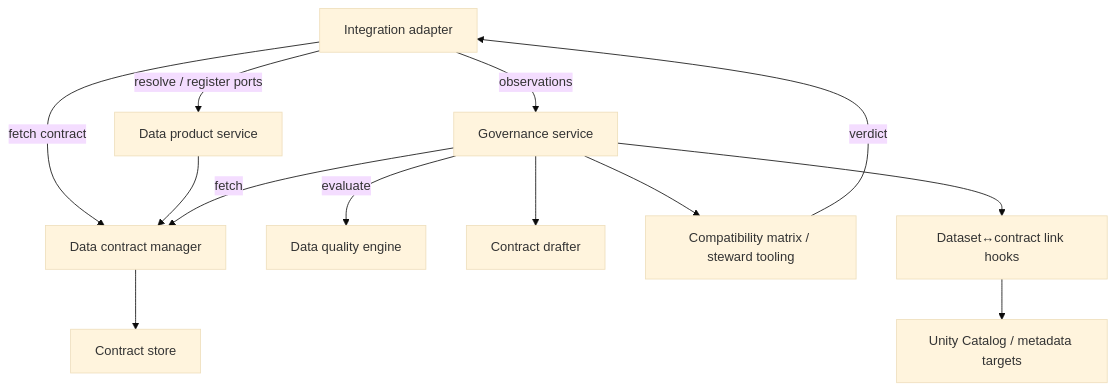
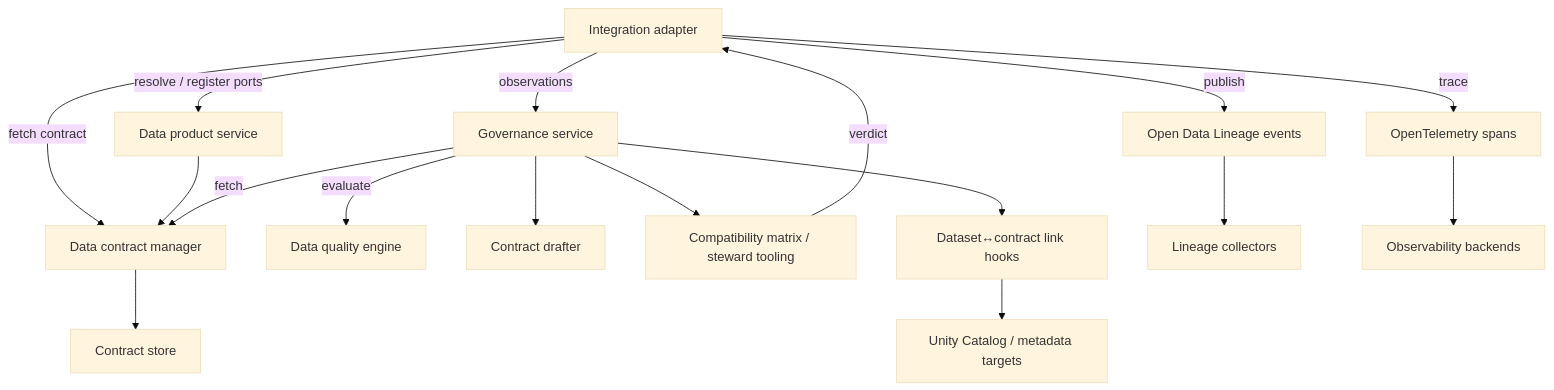
The diagram in docs/component-integration-layer.md (NextLab-SRL/dc43), drawn with Mermaid (base theme) before and after one commit. The commit also changed other lines of this file and 6 other files, not shown here.

````diff
--- a/docs/component-integration-layer.md
+++ b/docs/component-integration-layer.md
@@ -28,15 +31,19 @@
 ```mermaid
 flowchart TD
     Adapter["Integration adapter"] -->|fetch contract| ContractMgr["Data contract manager"]
     Adapter -->|resolve / register ports| ProductSvc["Data product service"]
     ProductSvc --> ContractMgr
     ContractMgr --> ContractStore["Contract store"]
     Adapter -->|observations| Governance["Governance service"]
     Governance -->|fetch| ContractMgr
     Governance -->|evaluate| DQEngine["Data quality engine"]
     Governance --> Drafts["Contract drafter"]
     Governance --> Steward["Compatibility matrix / steward tooling"]
     Governance --> LinkHooks["Dataset↔contract link hooks"]
     LinkHooks --> Targets["Unity Catalog / metadata targets"]
+    Adapter -->|publish| Lineage["Open Data Lineage events"]
+    Adapter -->|trace| Telemetry["OpenTelemetry spans"]
+    Lineage --> LineageSinks["Lineage collectors"]
+    Telemetry --> TelemetrySinks["Observability backends"]
     Steward -->|verdict| Adapter
 ```
````
